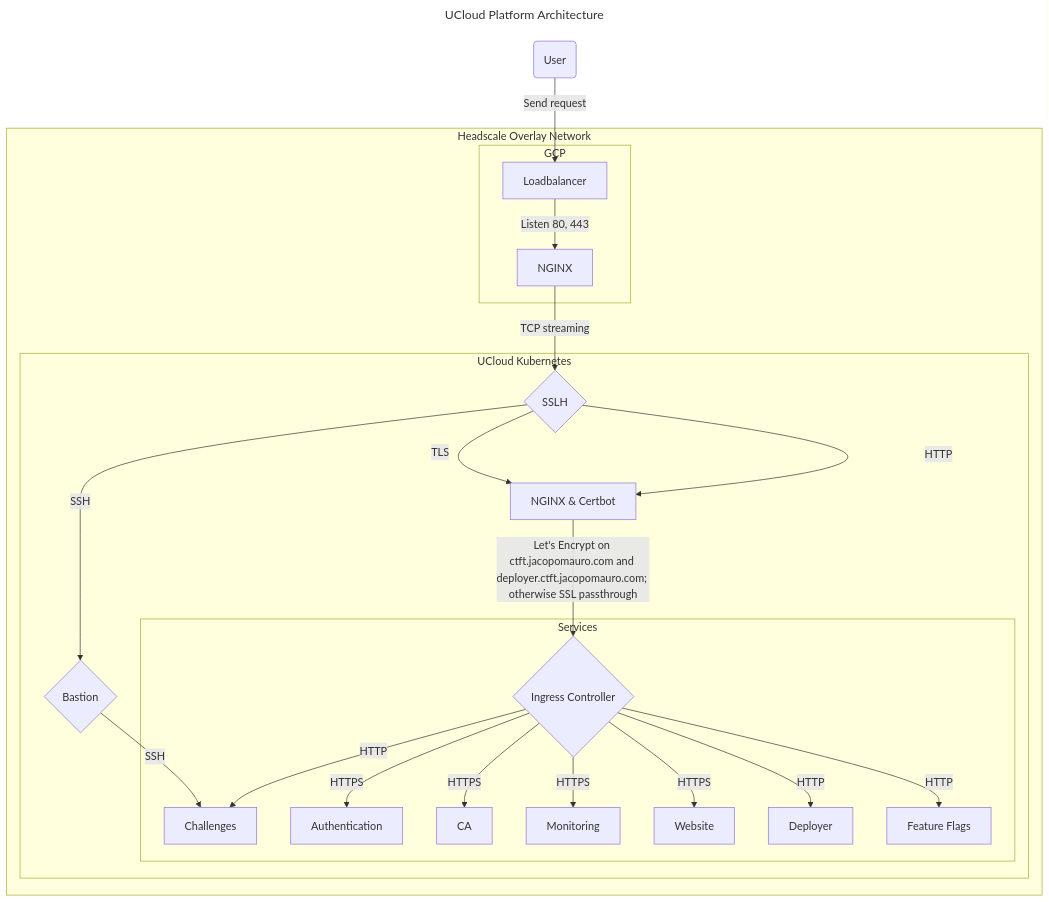
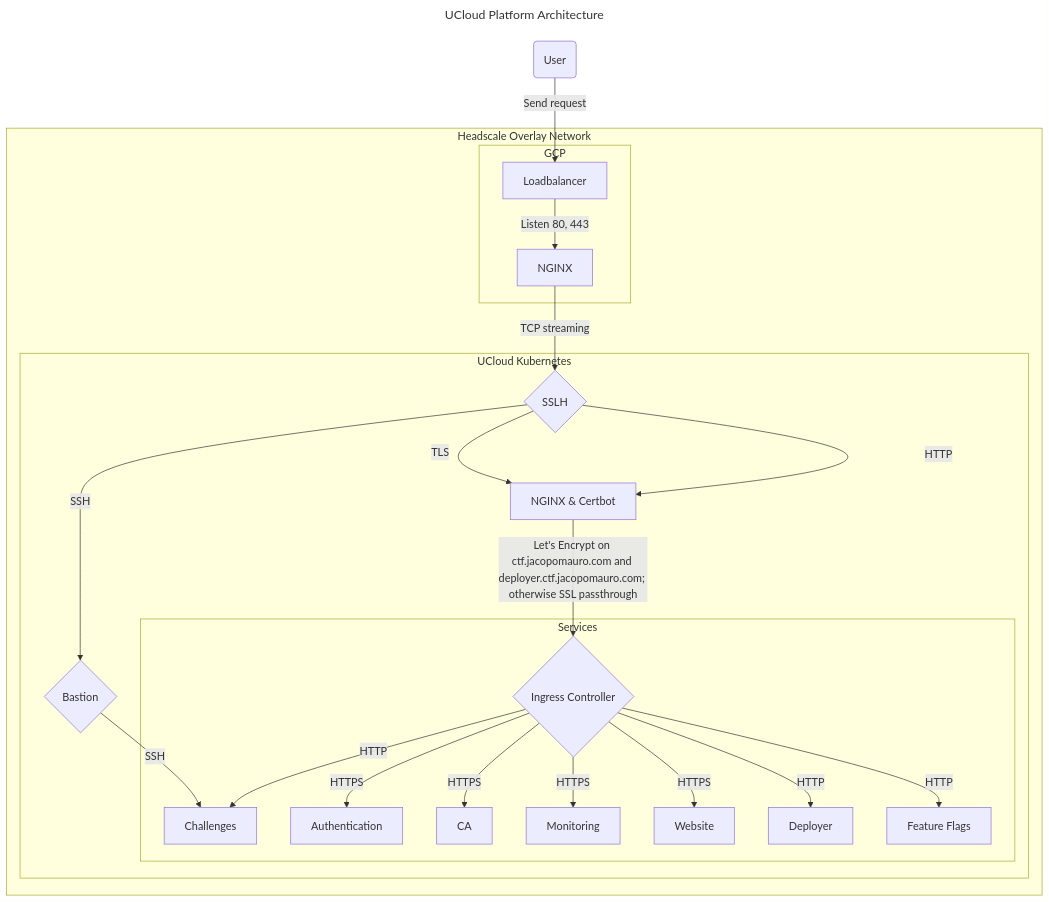
One commit to mattrent/CTF-Platform changed the first of 3 diagrams in README.md. Above: the diagram before and after it, drawn with Mermaid. The commit also changed other lines of this file and 5 other files, not shown here.

````diff
--- a/README.md
+++ b/README.md
@@ -62,33 +62,33 @@
 ```mermaid
 ---
 title: UCloud Platform Architecture
 config:
   theme: mc
   look: classic
   layout: dagre
 ---
 graph TD
     A(User) -->|Send request| B[Loadbalancer]
 subgraph Headscale Overlay Network
 subgraph GCP
     B -->|Listen 80, 443| C[NGINX]
 end
 subgraph UCloud Kubernetes
     C -->|TCP streaming| J{SSLH}
     J -->|SSH| K{Bastion}
     J -->|TLS| L[NGINX & Certbot]
     J -->|HTTP| L
     K -->|SSH| E[Challenges]
-    L -->|Let's Encrypt on ctft.jacopomauro.com and deployer.ctft.jacopomauro.com; otherwise SSL passthrough| G{Ingress Controller}
+    L -->|Let's Encrypt on ctf.jacopomauro.com and deployer.ctf.jacopomauro.com; otherwise SSL passthrough| G{Ingress Controller}
 subgraph Services
     G -->|HTTPS| H[Authentication]
     G -->|HTTPS| I[CA]
     G -->|HTTP| E
     G -->|HTTPS| F[Monitoring]
     G -->|HTTPS| O[Website]
     G -->|HTTP| P[Deployer]
     G -->|HTTP| Q[Feature Flags]
 end
 end
 end
 ```
````
